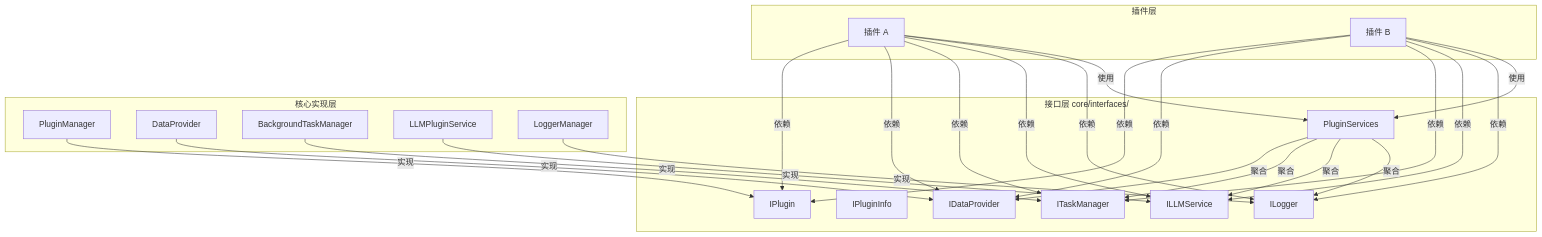
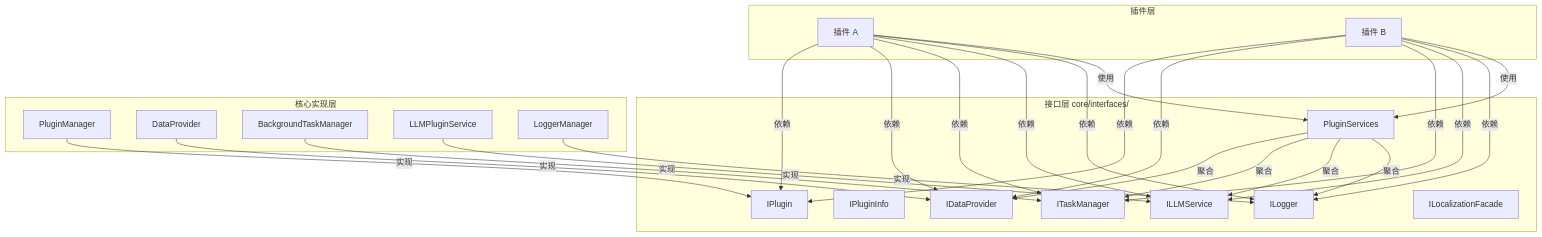
The diagram in docs/core/interfaces/overview.md (KKPIP-Tech/InstructionX), drawn with Mermaid before and after one commit. The commit also changed other lines of this file and 26 other files, not shown here.

````diff
--- a/docs/core/interfaces/overview.md
+++ b/docs/core/interfaces/overview.md
@@ -20,49 +20,50 @@
 ```mermaid
 graph TB
     subgraph Plugin [插件层]
         A[插件 A]
         B[插件 B]
     end
 
     subgraph Interfaces [接口层 core/interfaces/]
         I1[IPlugin]
         I2[IPluginInfo]
         I3[IDataProvider]
         I4[ITaskManager]
         I5[ILLMService]
         I6[ILogger]
         I7[PluginServices]
+        I8[ILocalizationFacade]
     end
 
     subgraph CoreImpl [核心实现层]
         C1[PluginManager]
         C2[DataProvider]
         C3[BackgroundTaskManager]
         C4[LLMPluginService]
         C5[LoggerManager]
     end
 
     A -->|依赖| I1
     A -->|依赖| I3
     A -->|依赖| I4
     A -->|依赖| I5
     A -->|依赖| I6
     A -->|使用| I7
 
     B -->|依赖| I1
     B -->|依赖| I3
     B -->|依赖| I4
     B -->|依赖| I5
     B -->|依赖| I6
     B -->|使用| I7
 
     C1 -->|实现| I1
     C2 -->|实现| I3
     C3 -->|实现| I4
     C4 -->|实现| I5
     C5 -->|实现| I6
     I7 -->|聚合| I3
     I7 -->|聚合| I4
     I7 -->|聚合| I5
     I7 -->|聚合| I6
 ```
````
